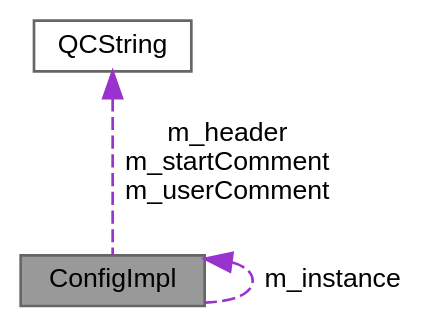
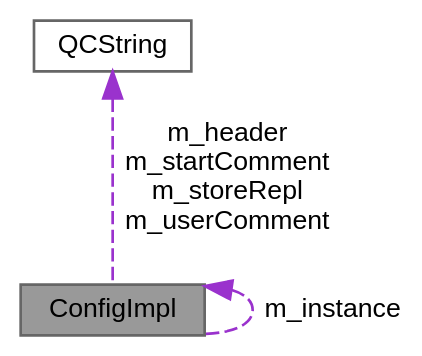
One commit to petyovsky/doxygen changed the diagram in d4/d5f/class_config_impl__coll__graph.dot. Above: the diagram before and after it, drawn with Graphviz. The commit also changed 648 other files, not shown here.

```diff
--- a/d4/d5f/class_config_impl__coll__graph.dot
+++ b/d4/d5f/class_config_impl__coll__graph.dot
@@ -1,12 +1,12 @@
 digraph "ConfigImpl"
 {
  // INTERACTIVE_SVG=YES
  // LATEX_PDF_SIZE
   bgcolor="transparent";
   edge [fontname=Helvetica,fontsize=10,labelfontname=Helvetica,labelfontsize=10];
   node [fontname=Helvetica,fontsize=10,shape=box,height=0.2,width=0.4];
   Node1 [label="ConfigImpl",height=0.2,width=0.4,color="gray40", fillcolor="grey60", style="filled", fontcolor="black",tooltip="Singleton for configuration variables."];
   Node1 -> Node1 [dir="back",color="darkorchid3",style="dashed",label=" m_instance" ];
-  Node2 -> Node1 [dir="back",color="darkorchid3",style="dashed",label=" m_header\nm_startComment\nm_userComment" ];
+  Node2 -> Node1 [dir="back",color="darkorchid3",style="dashed",label=" m_header\nm_startComment\nm_storeRepl\nm_userComment" ];
   Node2 [label="QCString",height=0.2,width=0.4,color="gray40", fillcolor="white", style="filled",URL="$d9/d45/class_q_c_string.html",tooltip="This is an alternative implementation of QCString."];
 }
```
